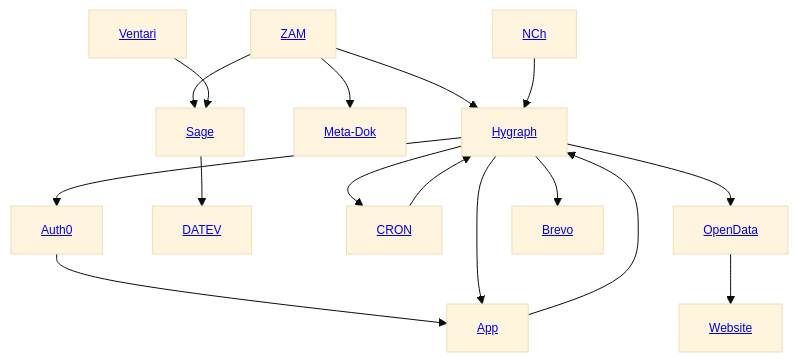
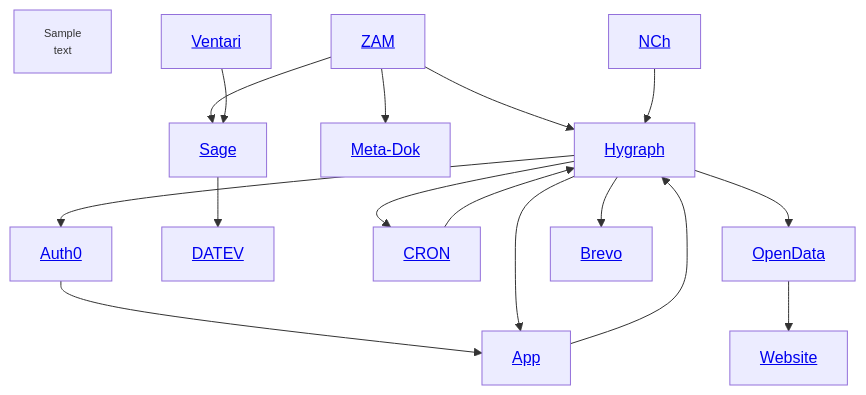
The diagram in infrastructure.md (GDCh-de/docs), drawn with Mermaid before and after one commit.

````diff
--- a/infrastructure.md
+++ b/infrastructure.md
@@ -3,16 +3,13 @@
 ```mermaid
-%%{ init: {
-    'theme': 'base',
-    'themeVariables':
-        { 'fontSize': '12px', 'fontFamily': 'Inter'}
-} }%%
 graph TD;
+  AAA[Sample<br>text]:::FixFont;
+  classDef FixFont font-size:11px
   Hygraph[<a href='/GDCh-de/docs/blob/main/hygraph.md'>Hygraph</a>] --> Auth0[<a href='/GDCh-de/docs/blob/main/Auth0.md'>Auth0</a>] --> App[<a href='/GDCh-de/docs/blob/main/App.md'>App</a>] --> Hygraph --> App;
   ZAM[<a href='/GDCh-de/docs/blob/main/ZAM.md'>ZAM</a>] --> Meta-Dok[<a href='/GDCh-de/docs/blob/main/Meta-Dok.md'>Meta-Dok</a>];
   ZAM --> Sage[<a href='/GDCh-de/docs/blob/main/Sage.md'>Sage</a>] --> DATEV[<a href='/GDCh-de/docs/blob/main/DATEV.md'>DATEV</a>];
   Ventari[<a href='/GDCh-de/docs/blob/main/Ventari.md'>Ventari</a>] --> Sage;
   Hygraph --> Cron[<a href='/GDCh-de/docs/blob/main/CRON.md'>CRON</a>] --> Hygraph;
   ZAM --> Hygraph;
   Hygraph --> OpenData[<a href='/GDCh-de/docs/blob/main/OpenData.md'>OpenData</a>] --> Website[<a href='/GDCh-de/docs/blob/main/Website.md'>Website</a>];
   NCh[<a href='/GDCh-de/docs/blob/main/NCh.md'>NCh</a>] --> Hygraph --> Brevo[<a href='/GDCh-de/docs/blob/main/Brevo.md'>Brevo</a>]
 ```
````
